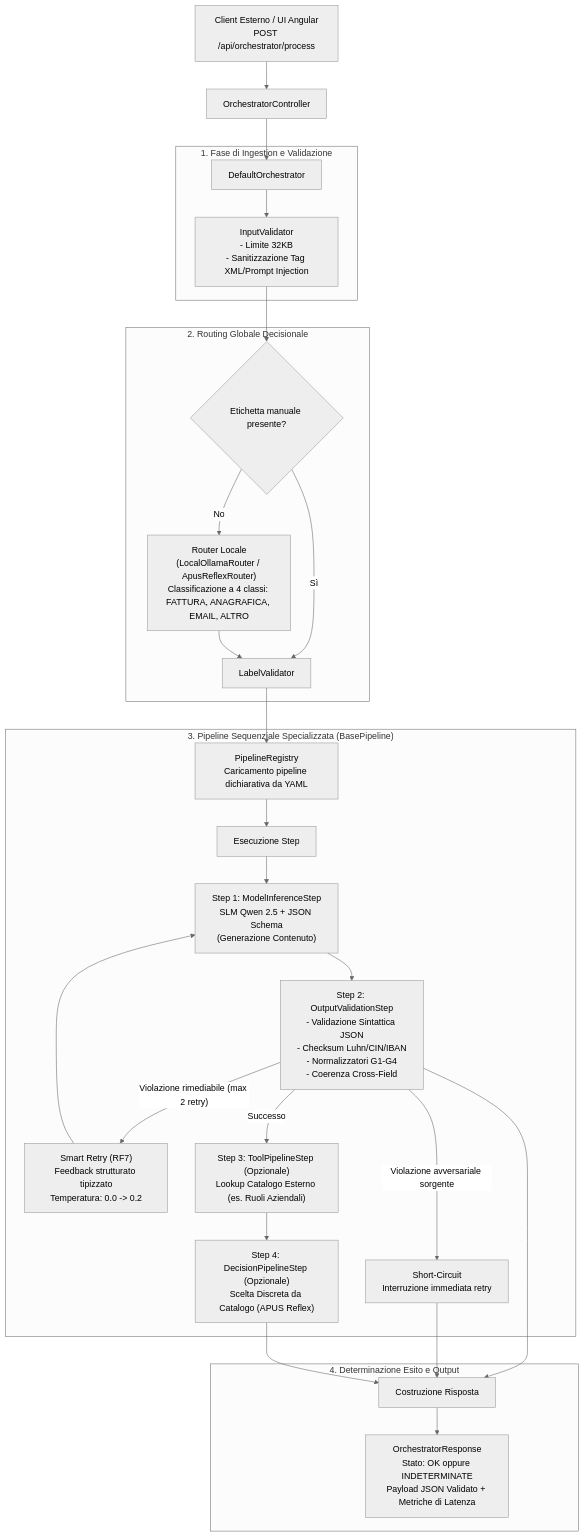
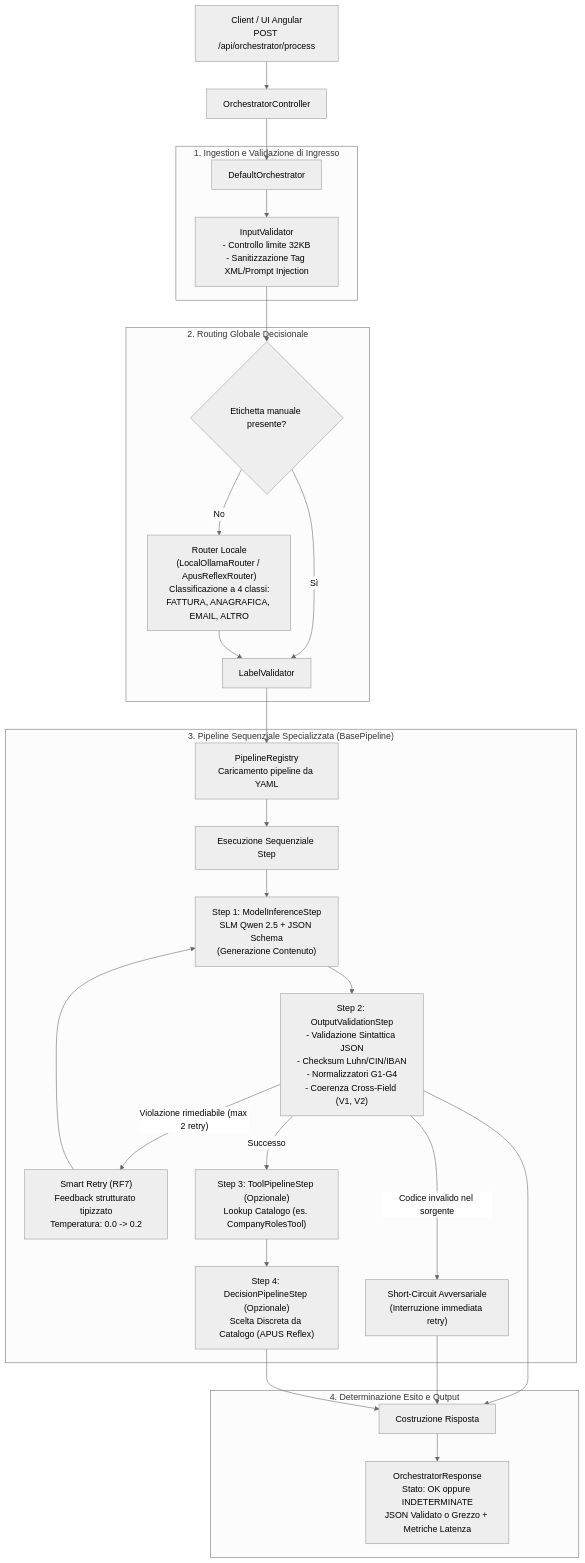
The diagram in docs/documentazione_progetto.md (dddel/SLM-Orchestrator), drawn with Mermaid (neutral theme) before and after one commit. The commit also changed other lines of this file, not shown here.

Commit message:
docs: enrich documentazione_progetto.md with detailed priming, RF7 explanation, KV-cache diagnosis, YAML guide, and tools

````diff
--- a/docs/documentazione_progetto.md
+++ b/docs/documentazione_progetto.md
@@ -88,39 +124,39 @@
 ```mermaid
 flowchart TD
-    Client["Client Esterno / UI Angular\nPOST /api/orchestrator/process"] --> Controller["OrchestratorController"]
+    Client["Client / UI Angular\nPOST /api/orchestrator/process"] --> Controller["OrchestratorController"]
     Controller --> Orchestrator["DefaultOrchestrator"]
     
-    subgraph S1 ["1. Fase di Ingestion e Validazione"]
-        Orchestrator --> InVal["InputValidator\n- Limite 32KB\n- Sanitizzazione Tag XML/Prompt Injection"]
+    subgraph S1 ["1. Ingestion e Validazione di Ingresso"]
+        Orchestrator --> InVal["InputValidator\n- Controllo limite 32KB\n- Sanitizzazione Tag XML/Prompt Injection"]
     end
     
     subgraph S2 ["2. Routing Globale Decisionale"]
         InVal --> RouterChoice{"Etichetta manuale presente?"}
-        RouterChoice -- No --> RModel["Router Locale\n(LocalOllamaRouter / ApusReflexRouter)\nClassificazione a 4 classi: FATTURA, ANAGRAFICA, EMAIL, ALTRO"]
+        RouterChoice -- No --> RModel["Router Locale\n(LocalOllamaRouter / ApusReflexRouter)\nClassificazione a 4 classi:\nFATTURA, ANAGRAFICA, EMAIL, ALTRO"]
         RouterChoice -- Sì --> LabelCheck["LabelValidator"]
         RModel --> LabelCheck
     end
     
     subgraph S3 ["3. Pipeline Sequenziale Specializzata (BasePipeline)"]
-        LabelCheck --> PipeReg["PipelineRegistry\nCaricamento pipeline dichiarativa da YAML"]
-        PipeReg --> PipeExec["Esecuzione Step"]
+        LabelCheck --> PipeReg["PipelineRegistry\nCaricamento pipeline da YAML"]
+        PipeReg --> PipeExec["Esecuzione Sequenziale Step"]
         
         PipeExec --> StepGen["Step 1: ModelInferenceStep\nSLM Qwen 2.5 + JSON Schema\n(Generazione Contenuto)"]
-        StepGen --> StepVal["Step 2: OutputValidationStep\n- Validazione Sintattica JSON\n- Checksum Luhn/CIN/IBAN\n- Normalizzatori G1-G4\n- Coerenza Cross-Field"]
+        StepGen --> StepVal["Step 2: OutputValidationStep\n- Validazione Sintattica JSON\n- Checksum Luhn/CIN/IBAN\n- Normalizzatori G1-G4\n- Coerenza Cross-Field (V1, V2)"]
         
         StepVal -- "Violazione rimediabile (max 2 retry)" --> RetryLoop["Smart Retry (RF7)\nFeedback strutturato tipizzato\nTemperatura: 0.0 -> 0.2"]
         RetryLoop --> StepGen
         
-        StepVal -- "Violazione avversariale sorgente" --> ShortCircuit["Short-Circuit\nInterruzione immediata retry"]
+        StepVal -- "Codice invalido nel sorgente" --> ShortCircuit["Short-Circuit Avversariale\n(Interruzione immediata retry)"]
         
-        StepVal -- Successo --> StepTool["Step 3: ToolPipelineStep (Opzionale)\nLookup Catalogo Esterno (es. Ruoli Aziendali)"]
+        StepVal -- Successo --> StepTool["Step 3: ToolPipelineStep (Opzionale)\nLookup Catalogo (es. CompanyRolesTool)"]
         StepTool --> StepDec["Step 4: DecisionPipelineStep (Opzionale)\nScelta Discreta da Catalogo (APUS Reflex)"]
     end
     
     subgraph S4 ["4. Determinazione Esito e Output"]
         StepVal --> OutBuilder["Costruzione Risposta"]
         ShortCircuit --> OutBuilder
         StepDec --> OutBuilder
-        OutBuilder --> FinalResp["OrchestratorResponse\nStato: OK oppure INDETERMINATE\nPayload JSON Validato + Metriche di Latenza"]
+        OutBuilder --> FinalResp["OrchestratorResponse\nStato: OK oppure INDETERMINATE\nJSON Validato o Grezzo + Metriche Latenza"]
     end
 ```
````
